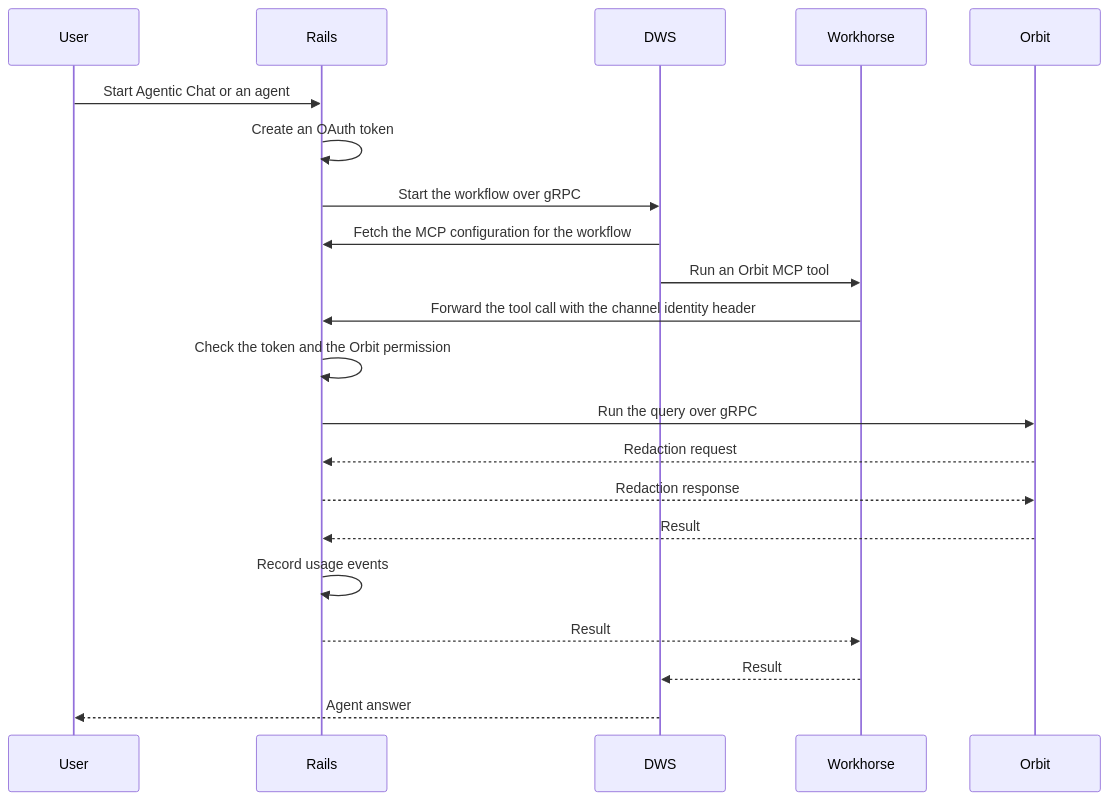
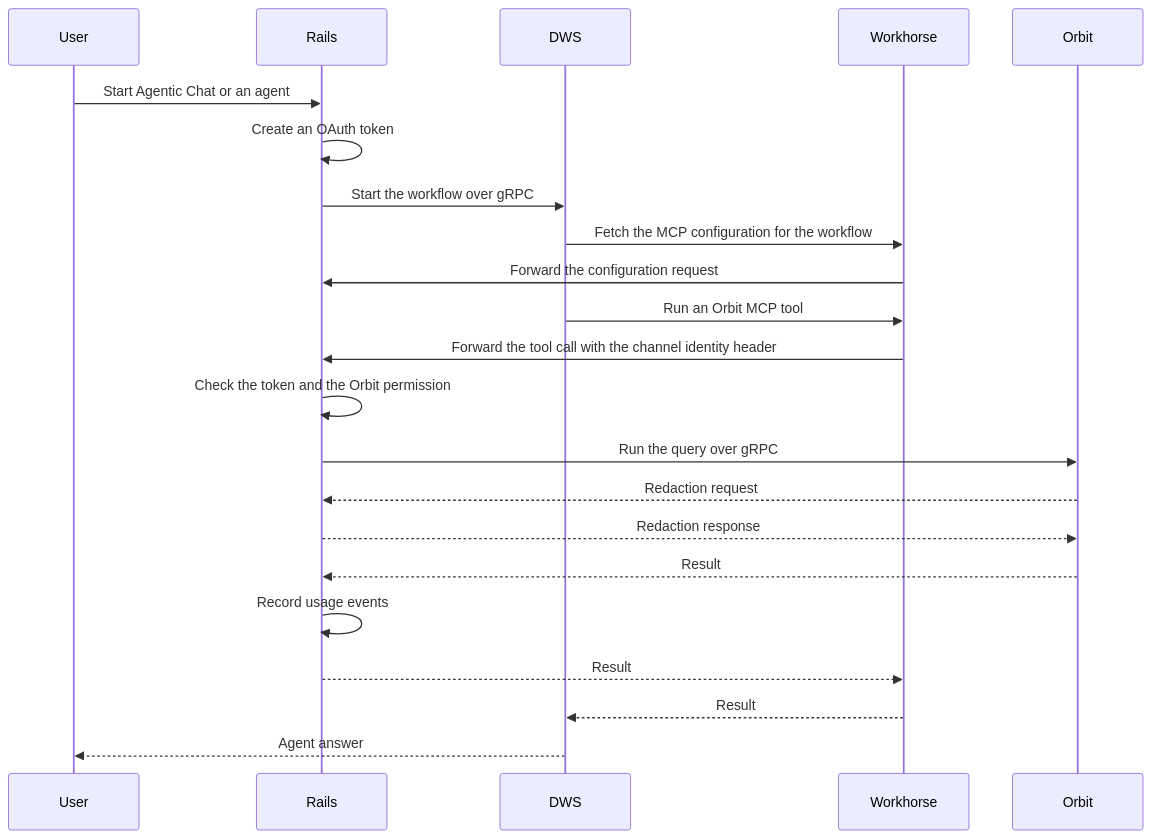
One commit to gitlabhq/orbit-knowledge-graph changed the diagram in docs/pages/engineering/adr/006_dap_integration.md. Above: the diagram before and after it, drawn with Mermaid. The commit also changed other lines of this file and 19 other files, not shown here.

````diff
--- a/docs/pages/engineering/adr/006_dap_integration.md
+++ b/docs/pages/engineering/adr/006_dap_integration.md
@@ -58,25 +58,26 @@
 ```mermaid
 sequenceDiagram
     accTitle: An Orbit tool call from a DAP agent
-    accDescr: Rails creates an OAuth token and starts the workflow in DWS. DWS fetches the MCP configuration, and the agent selects an Orbit tool. Workhorse forwards the tool call to the Orbit MCP endpoint in Rails. Rails checks the token and permission, then calls Orbit over gRPC and answers redaction requests. The result returns the same way.
+    accDescr: Rails creates an OAuth token and starts the workflow in DWS. DWS fetches the MCP configuration through Workhorse, and the agent selects an Orbit tool. Workhorse forwards the tool call to the Orbit MCP endpoint in Rails. Rails checks the token and permission, then calls Orbit over gRPC and answers redaction requests. The result returns the same way.
     participant U as User
     participant R as Rails
     participant D as DWS
     participant W as Workhorse
     participant O as Orbit
     U->>R: Start Agentic Chat or an agent
     R->>R: Create an OAuth token
     R->>D: Start the workflow over gRPC
-    D->>R: Fetch the MCP configuration for the workflow
+    D->>W: Fetch the MCP configuration for the workflow
+    W->>R: Forward the configuration request
     D->>W: Run an Orbit MCP tool
     W->>R: Forward the tool call with the channel identity header
     R->>R: Check the token and the Orbit permission
     R->>O: Run the query over gRPC
     O-->>R: Redaction request
     R-->>O: Redaction response
     O-->>R: Result
     R->>R: Record usage events
     R-->>W: Result
     W-->>D: Result
     D-->>U: Agent answer
 ```
````
